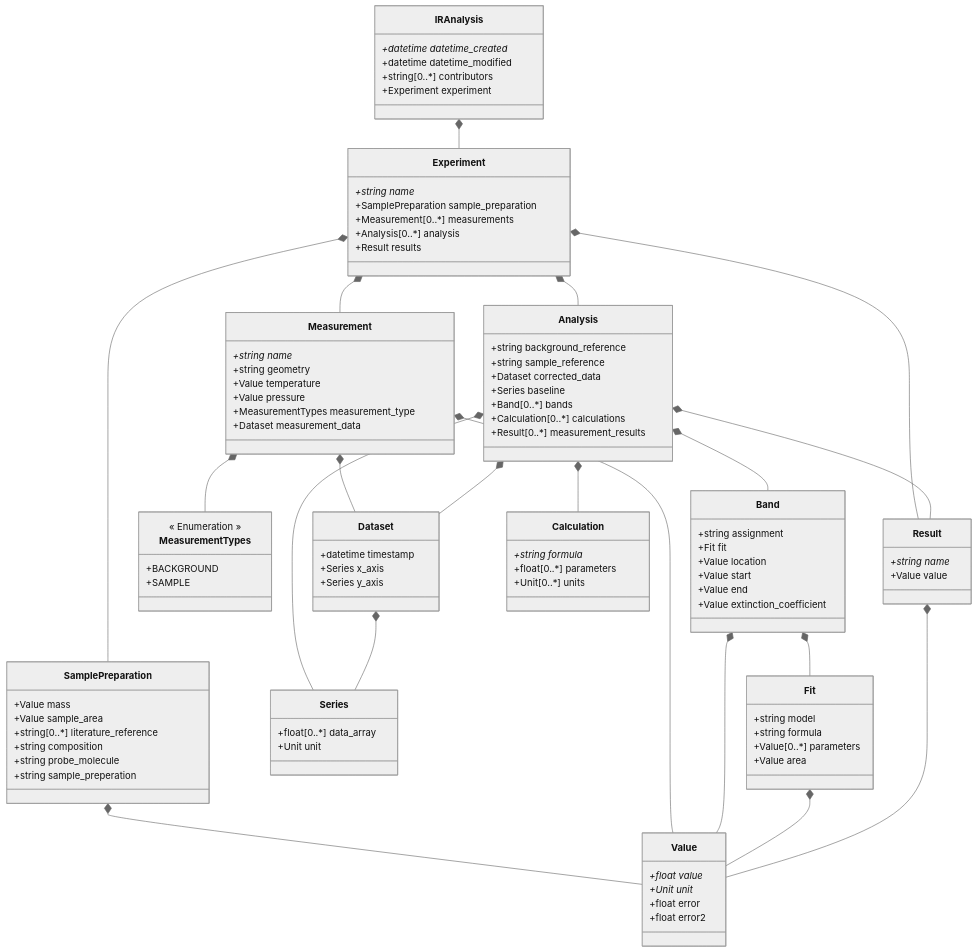
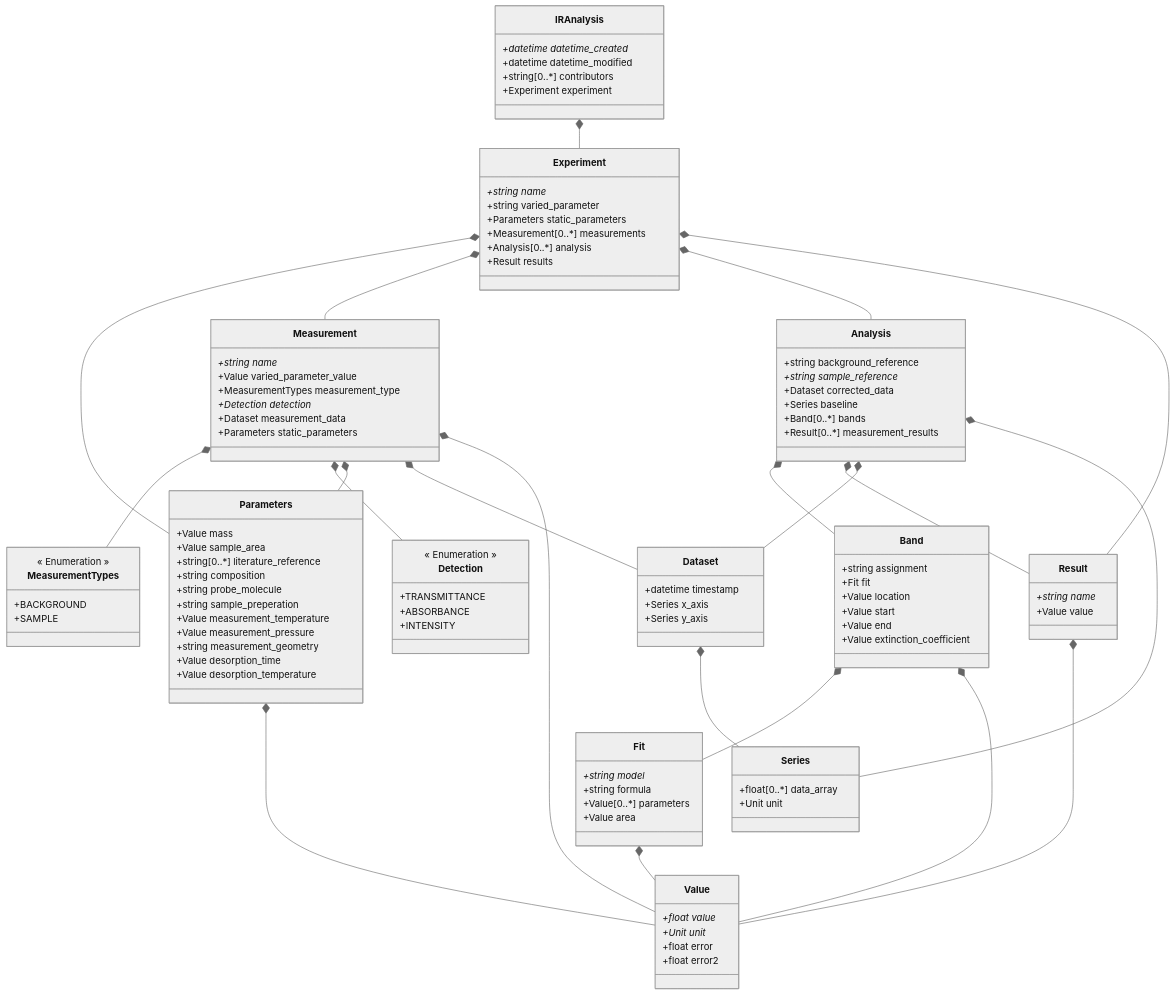
The diagram in datamodel/schemes/datamodel_schema.md (FAIRChemistry/IRAnalysis), drawn with Mermaid (neutral theme) before and after one commit. The commit also changed 33 other files, not shown here.

````diff
--- a/datamodel/schemes/datamodel_schema.md
+++ b/datamodel/schemes/datamodel_schema.md
@@ -1,16 +1,17 @@
 ```mermaid
 classDiagram
     IRAnalysis *-- Experiment
-    Experiment *-- SamplePreparation
+    Experiment *-- Parameters
     Experiment *-- Measurement
     Experiment *-- Analysis
     Experiment *-- Result
-    SamplePreparation *-- Value
+    Parameters *-- Value
     Measurement *-- MeasurementTypes
+    Measurement *-- Detection
+    Measurement *-- Parameters
     Measurement *-- Dataset
     Measurement *-- Value
     Analysis *-- Band
-    Analysis *-- Calculation
     Analysis *-- Result
     Analysis *-- Dataset
     Analysis *-- Series
@@ -29,37 +30,42 @@
     
     class Experiment {
         +string name*
-        +SamplePreparation sample_preparation
+        +string varied_parameter
+        +Parameters static_parameters
         +Measurement[0..*] measurements
         +Analysis[0..*] analysis
         +Result results
     }
     
-    class SamplePreparation {
+    class Parameters {
         +Value mass
         +Value sample_area
         +string[0..*] literature_reference
         +string composition
         +string probe_molecule
         +string sample_preperation
+        +Value measurement_temperature
+        +Value measurement_pressure
+        +string measurement_geometry
+        +Value desorption_time
+        +Value desorption_temperature
     }
     
     class Measurement {
         +string name*
-        +string geometry
-        +Value temperature
-        +Value pressure
+        +Value varied_parameter_value
         +MeasurementTypes measurement_type
+        +Detection detection*
         +Dataset measurement_data
+        +Parameters static_parameters
     }
     
     class Analysis {
         +string background_reference
-        +string sample_reference
+        +string sample_reference*
         +Dataset corrected_data
         +Series baseline
         +Band[0..*] bands
-        +Calculation[0..*] calculations
         +Result[0..*] measurement_results
     }
     
@@ -73,16 +79,10 @@
     }
     
     class Fit {
-        +string model
+        +string model*
         +string formula
         +Value[0..*] parameters
         +Value area
-    }
-    
-    class Calculation {
-        +string formula*
-        +float[0..*] parameters
-        +Unit[0..*] units
     }
     
     class Result {
@@ -114,4 +114,11 @@
         +SAMPLE
     }
     
+    class Detection {
+        << Enumeration >>
+        +TRANSMITTANCE
+        +ABSORBANCE
+        +INTENSITY
+    }
+    
 ```
````
